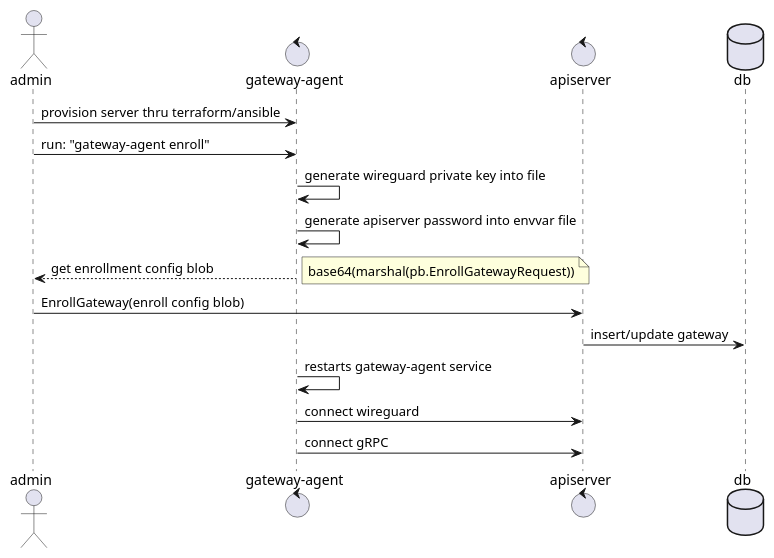
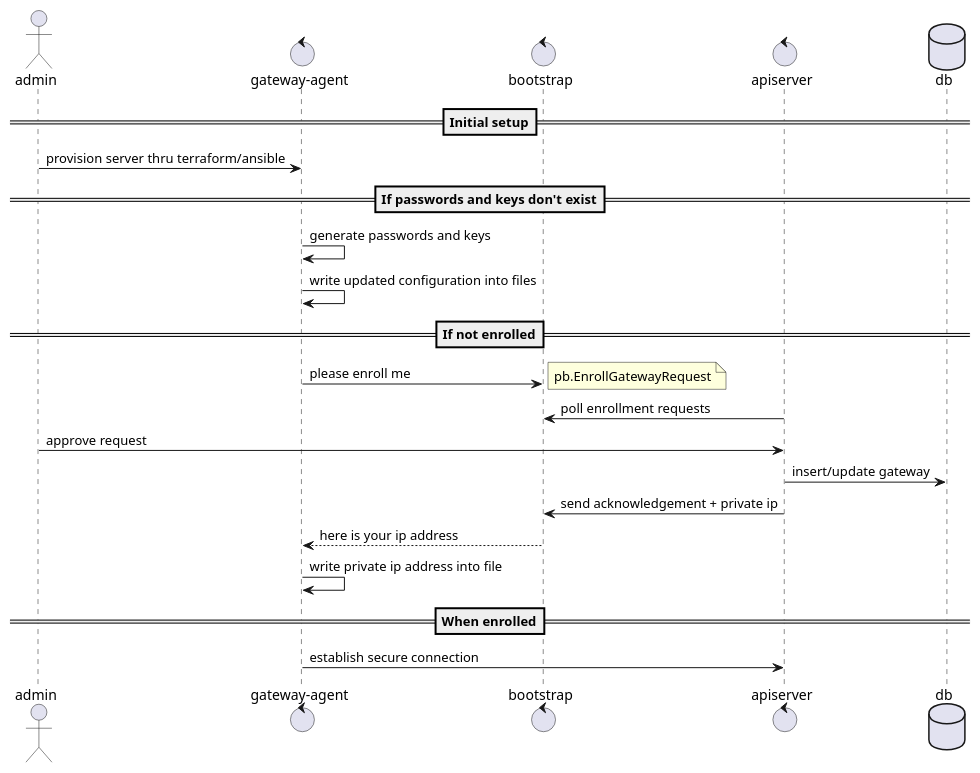
One commit to nais/device changed the diagram in doc/gateway-agent-enroll.puml. Above: the diagram before and after it, drawn with PlantUML. The commit also changed other lines of this file and 1 other file, not shown here.

Commit message:
propose new enrollment flow

```diff
--- a/doc/gateway-agent-enroll.puml
+++ b/doc/gateway-agent-enroll.puml
@@ -1,19 +1,28 @@
 @startuml
 actor admin
 control ga as "gateway-agent"
+control bootstrap
 control apiserver
 database db
 
+==Initial setup==
 admin -> ga: provision server thru terraform/ansible
-admin -> ga: run: "gateway-agent enroll"
-ga -> ga: generate wireguard private key into file
-ga -> ga: generate apiserver password into envvar file
-ga --> admin: get enrollment config blob
-note right: base64(marshal(pb.EnrollGatewayRequest))
-admin -> apiserver: EnrollGateway(enroll config blob)
+
+==If passwords and keys don't exist==
+ga -> ga: generate passwords and keys
+ga -> ga: write updated configuration into files
+
+==If not enrolled==
+ga -> bootstrap: please enroll me
+note right: pb.EnrollGatewayRequest
+apiserver -> bootstrap: poll enrollment requests
+admin -> apiserver: approve request
 apiserver -> db: insert/update gateway
-ga -> ga: restarts gateway-agent service
-ga -> apiserver: connect wireguard
-ga -> apiserver: connect gRPC
+apiserver -> bootstrap: send acknowledgement + private ip
+bootstrap --> ga: here is your ip address
+ga -> ga: write private ip address into file
+
+==When enrolled==
+ga -> apiserver: establish secure connection
 
 @enduml
```
